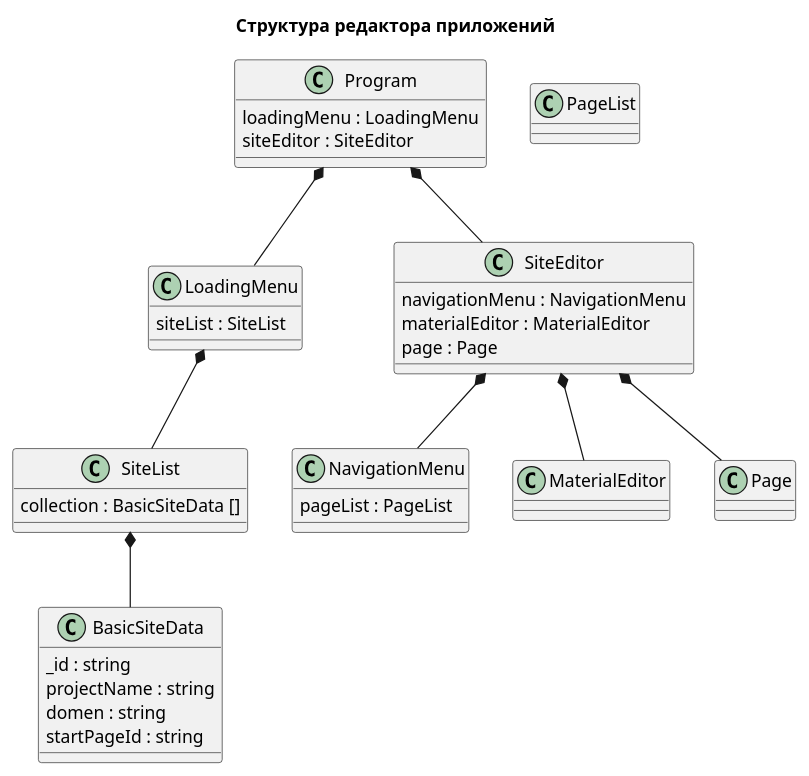
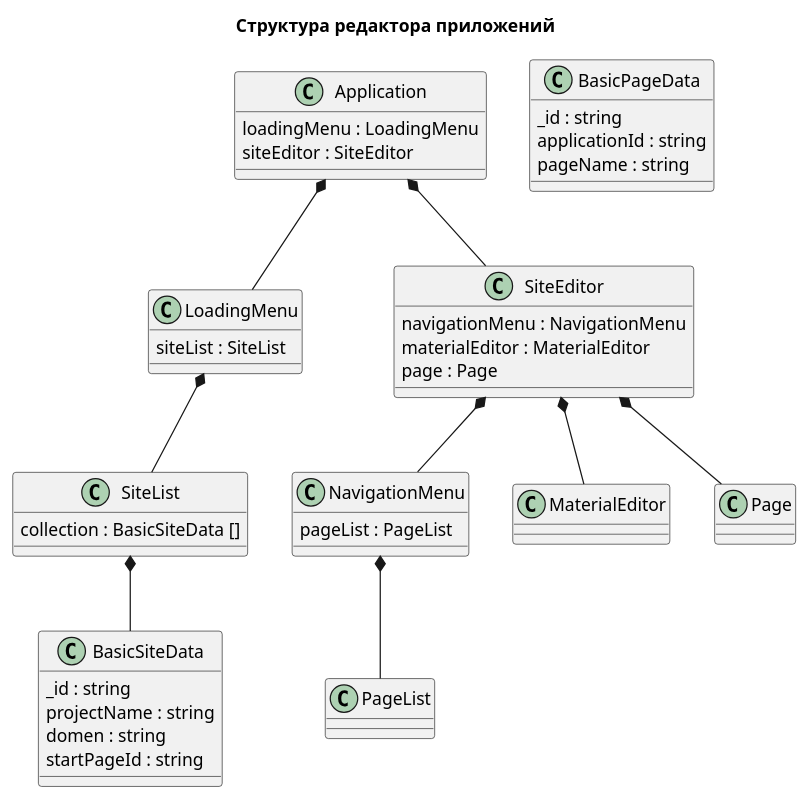
One commit to NikolayDemchenko/ReactTest changed the diagram in client/src/Types/Structure/NewStructure/appStructure.puml. Above: the diagram before and after it, drawn with PlantUML.

Commit message:
Написать коллекции

```diff
--- a/client/src/Types/Structure/NewStructure/appStructure.puml
+++ b/client/src/Types/Structure/NewStructure/appStructure.puml
@@ -1,156 +1,167 @@
 @startuml
 title Структура редактора приложений
 
 
-class "Program" as Program{  
+class "Application" as Application{  
     loadingMenu : LoadingMenu
     siteEditor : SiteEditor
 }
-Program *-- LoadingMenu
-Program *-- SiteEditor
+Application *-- LoadingMenu
+Application *-- SiteEditor
 
 class "LoadingMenu" as LoadingMenu { 
     siteList : SiteList       
 }
 LoadingMenu *-- SiteList
 
 class "SiteList" as SiteList{
     collection : BasicSiteData []   
 }
 SiteList *-- BasicSiteData
 
 class "BasicSiteData" as BasicSiteData{
     _id : string   
     projectName : string   
     domen : string   
     startPageId : string   
 }
 
 class "SiteEditor" as SiteEditor{
         navigationMenu : NavigationMenu
         materialEditor : MaterialEditor
-        page : Page
+        page : Page   
 }
 SiteEditor *-- NavigationMenu
 SiteEditor *-- MaterialEditor
 SiteEditor *-- Page
 
 class "NavigationMenu" as NavigationMenu{ 
       pageList : PageList
 }
-class "PageList" as PageList{    
+NavigationMenu *-- PageList
+' class "Render" as Render{    
+' }
+' Page *-- Render
+class "PageList" as PageList{   
 }
 class "MaterialEditor" as MaterialEditor{    
 }
-class "Page" as Page{    
+class "Page" as Page{  
+    ' render : Render  
 }
-
+class "BasicPageData" as BasicPageData{
+    _id : string   
+    applicationId : string   
+    pageName : string   
+    
+     
+}
 
 ' interface "ICollection<T>" as ICollection {    
 ' collection: any
 ' add(element:T )
 ' remove( element: T)
 ' }
 ' interface "IData" as IData{    
 '     setData() 
 '     getData()
 ' }
 ' interface "IRender" as IRender{ 
 '     render()  
 ' }
 
 ' ' Генератор модели
 ' class "ModelCreator" as ModelCreator{
 '     element:MyReactElement
 '     render(...children)
     
 ' }
 ' ' Базовый компонент
 ' class "MyBaseComponent" as MyBaseComponent{
 '     element:MyReactElement
 '     render(...children)
     
 ' }
 ' MyBaseComponent *-l- MyReactElement
 ' ' Элемент
 ' class "MyReactElement" as MyReactElement{
 '     _id:string
 '     tag:string
 '     props:MyObject  
 '     setData( tag:string , props: MyObject )
 '     getData()
     
 ' }
 ' MyReactElement *-l- MyObject
 ' MyReactElement .r.|> IData
 
 
 ' ' Объект
 ' class "MyObject" as MyObject{
 
 '     collection:{ [ key: string ] :any }
 '     add(  key: string , value :any )
 '     remove(  key: string )   
 '     setData( collection:{ [ key: string ] :any } )
 '     getData() 
 ' }
 ' MyObject .l.|> IData
 ' MyObject .u.|> ICollection
 
 ' ' Инпут
 ' class "MyInput" as MyInput{  
 '     type: string
 '     setData( type: string )
 '     getData()
 '     render()
 ' }
 ' ' Кнопка
 ' class "MyButton" as MyButton{  
 '     title: string
 '     setData( title: string )
 '     getData()
 '     render()
 ' }
 ' ' Текст
 ' class "MyText" as MyText{  
 '     text: string
 '     setData( text: string )
 '     getData()
 '     render()
 ' }
 ' MyText .l.|> IData
 ' MyText ..|> IRender
 ' MyText --|> MyBaseComponent
 
 ' ' Переменная
 ' class "MyVariable" as MyVariable{   
 '     key: MyText
 '     value: MyText | MyArray
 '     setData( name: MyText, value: MyText | MyArray )
 '     getData()
 '     render()
 ' }
 ' MyVariable *-- MyText
 ' MyVariable ..|> IData
 ' MyVariable ..|> IRender
 ' MyVariable --|> MyBaseComponent
 
 
 ' ' Массив
 ' class "MyArray" as MyArray{
 ' collection: { MyText | MyVariable | MyArray}[]
 ' add( element: MyText | MyVariable | MyArray)
 ' remove( element: MyText | MyVariable | MyArray)
 ' setData( array: { MyText | MyVariable | MyArray}[] )
 ' getData()
 ' render()
 ' }
 ' MyArray ..|> ICollection
 ' MyArray ..|> IData
 ' MyArray ..|> IRender
 ' MyArray o-- MyArray
 ' MyArray o-l- MyVariable
 ' MyArray o-- MyText
 ' MyArray --|> MyBaseComponent
 
 @enduml
```
